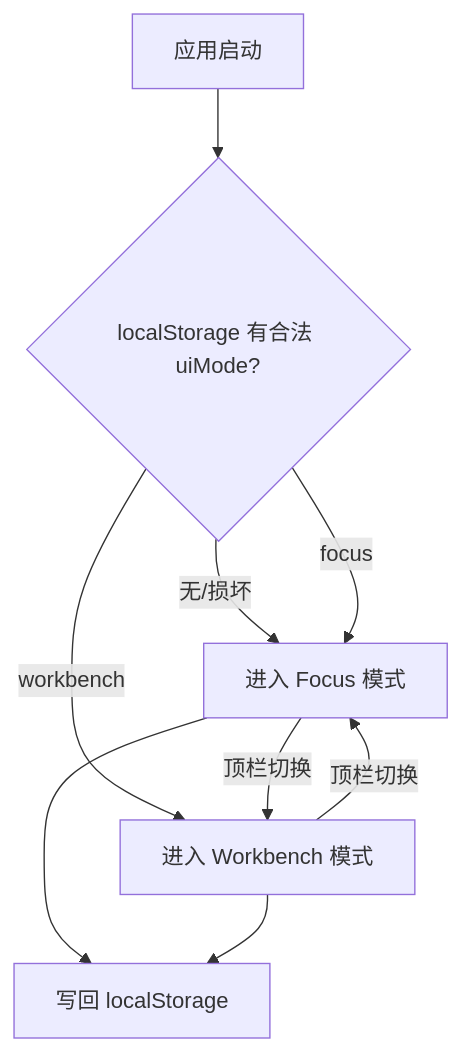
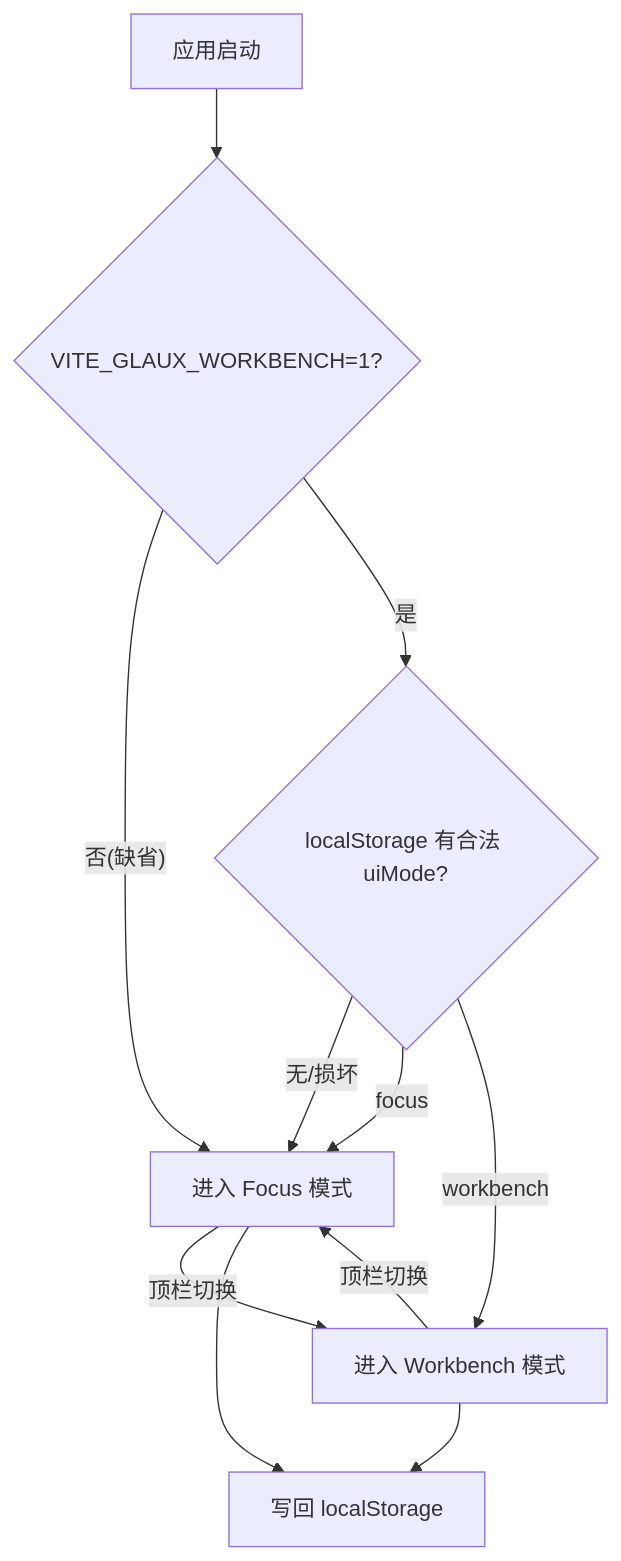
Before and after one commit to zhentai-sn/open-glaux: the first of 3 diagrams in docs/sdd/feats/01-dual-mode-shell/README.md, drawn with Mermaid. The commit also changed other lines of this file and 26 other files, not shown here.

First line of the commit message:
feat(focus): 左侧栏统一舞台/文件/图谱入口并默认关闭工作台

````diff
--- a/docs/sdd/feats/01-dual-mode-shell/README.md
+++ b/docs/sdd/feats/01-dual-mode-shell/README.md
@@ -103,10 +103,12 @@
 ```mermaid
 flowchart TD
-    A[应用启动] --> B{localStorage 有合法 uiMode?}
+    A[应用启动] --> K{VITE_GLAUX_WORKBENCH=1?}
+    K -- 否(缺省) --> F
+    K -- 是 --> B{localStorage 有合法 uiMode?}
     B -- 无/损坏 --> F[进入 Focus 模式]
     B -- focus --> F
     B -- workbench --> W[进入 Workbench 模式]
     F -- 顶栏切换 --> W
     W -- 顶栏切换 --> F
     F & W --> P[写回 localStorage]
 ```
````
